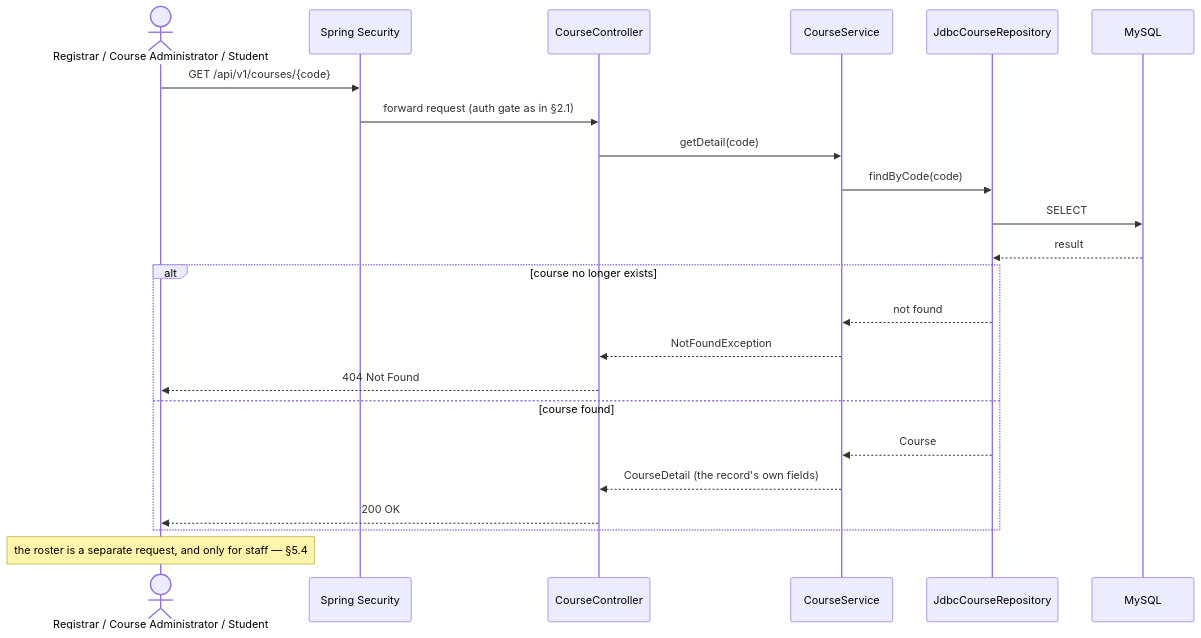
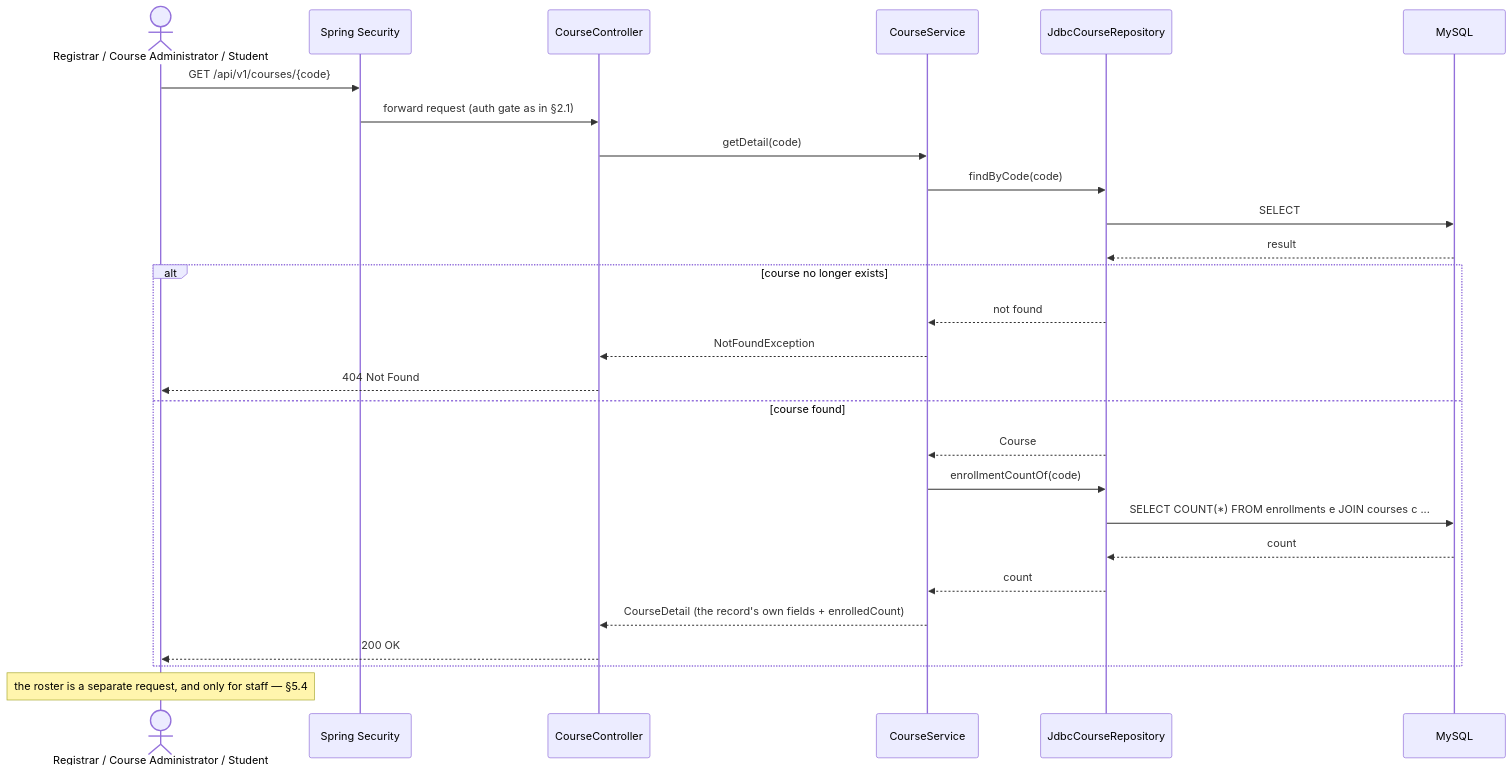
Before and after one commit to phuchoang2005/Student-Management-System: diagram 16 of 24 in docs/SA-docs/03-sequence-diagrams.md, drawn with Mermaid. The commit also changed other lines of this file and 110 other files, not shown here.

````diff
--- a/docs/SA-docs/03-sequence-diagrams.md
+++ b/docs/SA-docs/03-sequence-diagrams.md
@@ -610,26 +614,30 @@
 ```mermaid
 sequenceDiagram
     actor Caller as Registrar / Course Administrator / Student
     participant Sec as Spring Security
     participant Ctrl as CourseController
     participant Svc as CourseService
     participant Repo as JdbcCourseRepository
     participant DB as MySQL
 
     Caller->>Sec: GET /api/v1/courses/{code}
     Sec->>Ctrl: forward request (auth gate as in §2.1)
     Ctrl->>Svc: getDetail(code)
     Svc->>Repo: findByCode(code)
     Repo->>DB: SELECT
     DB-->>Repo: result
     alt course no longer exists
         Repo-->>Svc: not found
         Svc-->>Ctrl: NotFoundException
         Ctrl-->>Caller: 404 Not Found
     else course found
         Repo-->>Svc: Course
-        Svc-->>Ctrl: CourseDetail (the record's own fields)
+        Svc->>Repo: enrollmentCountOf(code)
+        Repo->>DB: SELECT COUNT(*) FROM enrollments e JOIN courses c ...
+        DB-->>Repo: count
+        Repo-->>Svc: count
+        Svc-->>Ctrl: CourseDetail (the record's own fields + enrolledCount)
         Ctrl-->>Caller: 200 OK
     end
     Note over Caller: the roster is a separate request, and only for staff — §5.4
 ```
````
